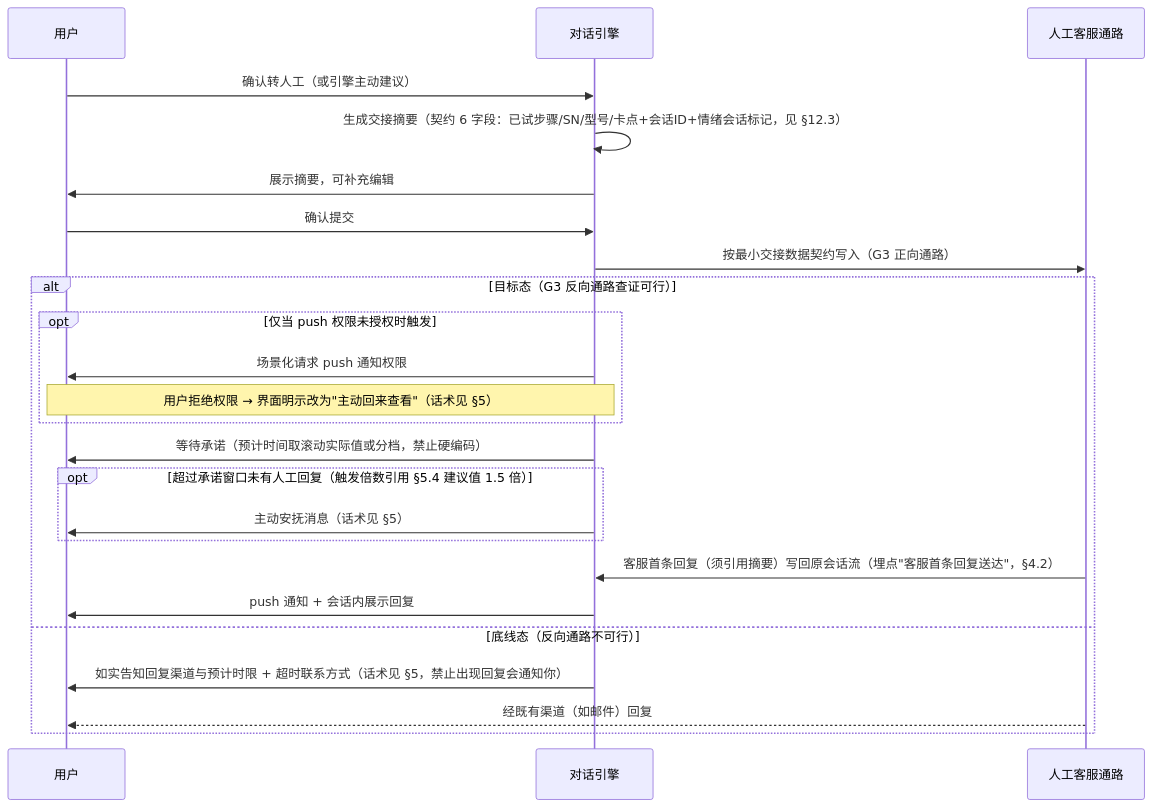
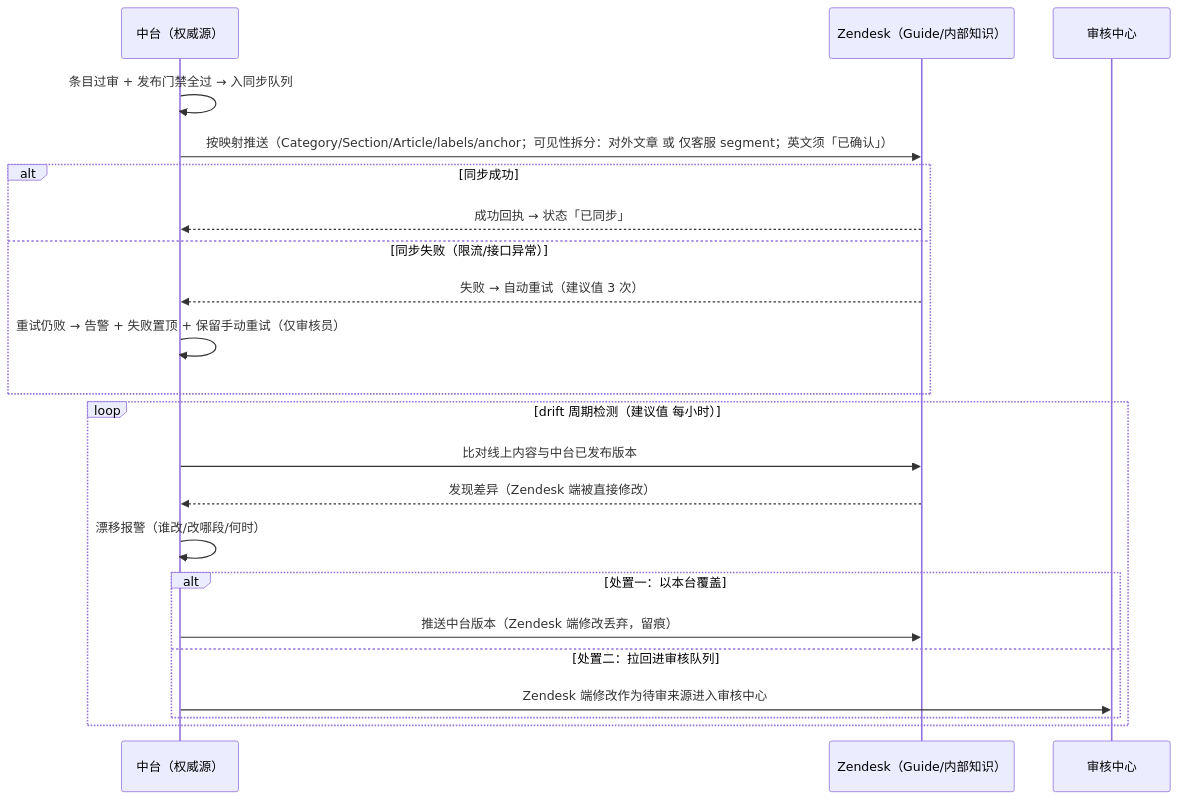
One commit to ChangMing-Luo/COOLFLY-AISupportAgent changed the third of 3 diagrams in COOLFLY智能客服/output/PRD详细版.md. Above: the diagram before and after it, drawn with Mermaid. The commit also changed other lines of this file, not shown here.

Commit message:
PRD 重大转向：全面转向 Zendesk，知识运营中台为新核心（v3 标准）

````diff
--- a/COOLFLY智能客服/output/PRD详细版.md
+++ b/COOLFLY智能客服/output/PRD详细版.md
@@ -979,26 +563,24 @@
 ```mermaid
 sequenceDiagram
-    participant U as 用户
-    participant E as 对话引擎
-    participant H as 人工客服通路
-    U->>E: 确认转人工（或引擎主动建议）
-    E->>E: 生成交接摘要（契约 6 字段：已试步骤/SN/型号/卡点+会话ID+情绪会话标记，见 §12.3）
-    E->>U: 展示摘要，可补充编辑
-    U->>E: 确认提交
-    E->>H: 按最小交接数据契约写入（G3 正向通路）
-    alt 目标态（G3 反向通路查证可行）
-        opt 仅当 push 权限未授权时触发
-            E->>U: 场景化请求 push 通知权限
-            Note over E,U: 用户拒绝权限 → 界面明示改为"主动回来查看"（话术见 §5）
+    participant P as 中台（权威源）
+    participant Z as Zendesk（Guide/内部知识）
+    participant R as 审核中心
+    P->>P: 条目过审 + 发布门禁全过 → 入同步队列
+    P->>Z: 按映射推送（Category/Section/Article/labels/anchor；可见性拆分：对外文章 或 仅客服 segment；英文须「已确认」）
+    alt 同步成功
+        Z-->>P: 成功回执 → 状态「已同步」
+    else 同步失败（限流/接口异常）
+        Z-->>P: 失败 → 自动重试（建议值 3 次）
+        P->>P: 重试仍败 → 告警 + 失败置顶 + 保留手动重试（仅审核员）
+    end
+    loop drift 周期检测（建议值 每小时）
+        P->>Z: 比对线上内容与中台已发布版本
+        Z-->>P: 发现差异（Zendesk 端被直接修改）
+        P->>P: 漂移报警（谁改/改哪段/何时）
+        alt 处置一：以本台覆盖
+            P->>Z: 推送中台版本（Zendesk 端修改丢弃，留痕）
+        else 处置二：拉回进审核队列
+            P->>R: Zendesk 端修改作为待审来源进入审核中心
         end
-        E->>U: 等待承诺（预计时间取滚动实际值或分档，禁止硬编码）
-        opt 超过承诺窗口未有人工回复（触发倍数引用 §5.4 建议值 1.5 倍）
-            E->>U: 主动安抚消息（话术见 §5）
-        end
-        H->>E: 客服首条回复（须引用摘要）写回原会话流（埋点"客服首条回复送达"，§4.2）
-        E->>U: push 通知 + 会话内展示回复
-    else 底线态（反向通路不可行）
-        E->>U: 如实告知回复渠道与预计时限 + 超时联系方式（话术见 §5，禁止出现回复会通知你）
-        H-->>U: 经既有渠道（如邮件）回复
     end
 ```
````
